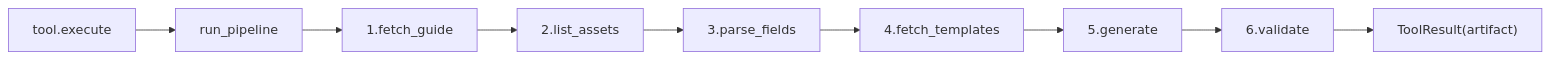
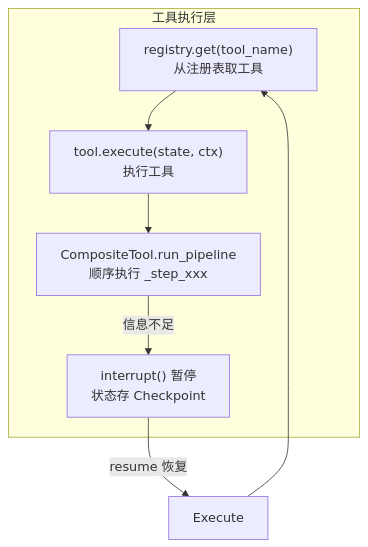
One commit to 996Code/llm-to-modeler changed diagram 16 of 33 in doc/系统架构与学习指南.md. Above: the diagram before and after it, drawn with Mermaid. The commit also changed other lines of this file and 82 other files, not shown here.

````diff
--- a/doc/系统架构与学习指南.md
+++ b/doc/系统架构与学习指南.md
@@ -273,11 +419,14 @@
 ```mermaid
-flowchart LR
-    Execute["tool.execute"] --> Pipeline["run_pipeline"]
-    Pipeline --> S1["1.fetch_guide"]
-    S1 --> S2["2.list_assets"]
-    S2 --> S3["3.parse_fields"]
-    S3 --> S4["4.fetch_templates"]
-    S4 --> S5["5.generate"]
-    S5 --> S6["6.validate"]
-    S6 --> Result["ToolResult(artifact)"]
+flowchart TD
+    subgraph ToolLayer["工具执行层"]
+        Registry["registry.get(tool_name)<br/>从注册表取工具"]
+        ToolExec["tool.execute(state, ctx)<br/>执行工具"]
+        CompositeRun["CompositeTool.run_pipeline<br/>顺序执行 _step_xxx"]
+        Interrupt["interrupt() 暂停<br/>状态存 Checkpoint"]
+    end
+
+    Execute --> Registry --> ToolExec
+    ToolExec --> CompositeRun
+    CompositeRun -->|信息不足| Interrupt
+    Interrupt -->|resume 恢复| Execute
 ```
````
